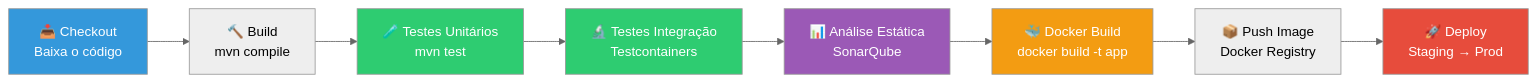
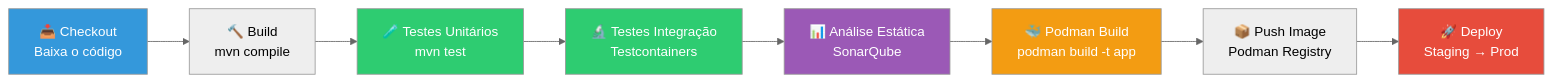
One commit to deusemarjunior/trein-java-intermed changed the fourth of 5 diagrams in dia-07/slide-09.md. Above: the diagram before and after it, drawn with Mermaid (neutral theme). The commit also changed other lines of this file and 100 other files, not shown here.

Commit message:
removendo docker adicionando podman

````diff
--- a/dia-07/slide-09.md
+++ b/dia-07/slide-09.md
@@ -97,17 +97,17 @@
 ```mermaid
 graph LR
     E1["📥 Checkout<br/>Baixa o código"] --> E2["🔨 Build<br/>mvn compile"]
     E2 --> E3["🧪 Testes Unitários<br/>mvn test"]
     E3 --> E4["🔬 Testes Integração<br/>Testcontainers"]
     E4 --> E5["📊 Análise Estática<br/>SonarQube"]
-    E5 --> E6["🐳 Docker Build<br/>docker build -t app"]
-    E6 --> E7["📦 Push Image<br/>Docker Registry"]
+    E5 --> E6["🐳 Podman Build<br/>podman build -t app"]
+    E6 --> E7["📦 Push Image<br/>Podman Registry"]
     E7 --> E8["🚀 Deploy<br/>Staging → Prod"]
 
     style E1 fill:#3498db,color:#fff
     style E3 fill:#2ecc71,color:#fff
     style E4 fill:#2ecc71,color:#fff
     style E5 fill:#9b59b6,color:#fff
     style E6 fill:#f39c12,color:#fff
     style E8 fill:#e74c3c,color:#fff
 ```
````
